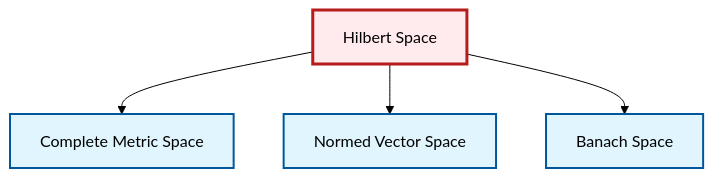
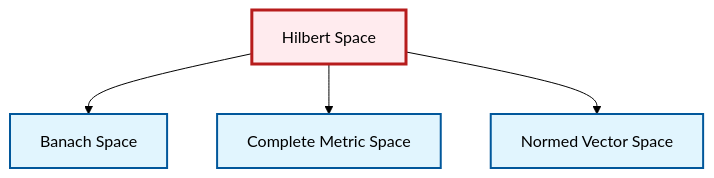
The diagram in output/mermaid/en/def-hilbert-space.mermaid (RK0429/ModernMath), drawn with Mermaid (forest theme) before and after one commit. The commit also changed other lines of this file and 1706 other files, not shown here.

```diff
--- a/output/mermaid/en/def-hilbert-space.mermaid
+++ b/output/mermaid/en/def-hilbert-space.mermaid
@@ -1,14 +1,14 @@
 graph TD
     classDef definition fill:#e1f5fe,stroke:#01579b,stroke-width:2px
     classDef theorem fill:#f3e5f5,stroke:#4a148c,stroke-width:2px
     classDef axiom fill:#fff3e0,stroke:#e65100,stroke-width:2px
     classDef example fill:#e8f5e9,stroke:#1b5e20,stroke-width:2px
     classDef current fill:#ffebee,stroke:#b71c1c,stroke-width:3px
+    def-hilbert-space["Hilbert Space"]:::definition
+    def-complete-metric-space["Complete Metric Space"]:::definition
     def-normed-vector-space["Normed Vector Space"]:::definition
-    def-complete-metric-space["Complete Metric Space"]:::definition
     def-banach-space["Banach Space"]:::definition
-    def-hilbert-space["Hilbert Space"]:::definition
+    def-hilbert-space --> def-banach-space
     def-hilbert-space --> def-complete-metric-space
     def-hilbert-space --> def-normed-vector-space
-    def-hilbert-space --> def-banach-space
     class def-hilbert-space current
```
